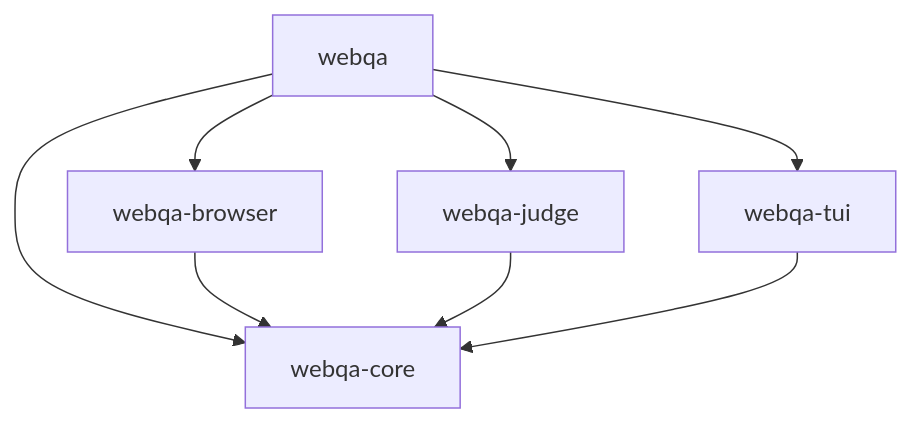
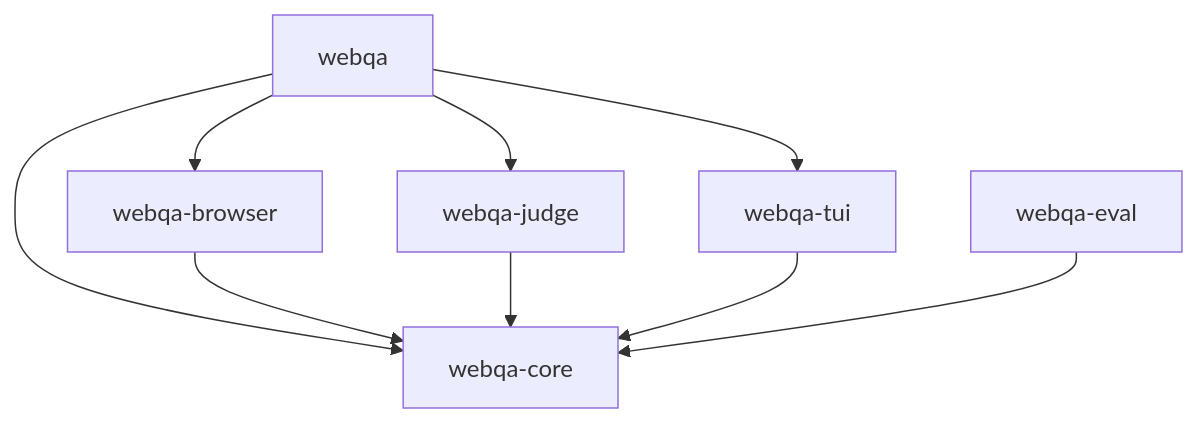
One commit to Hakkadaikon/webqa-explorer changed the diagram in docs/arch/overview.md. Above: the diagram before and after it, drawn with Mermaid. The commit also changed other lines of this file and 2 other files, not shown here.

First line of the commit message:
docs(eval): 課題を測る仕組みの文書を足す

````diff
--- a/docs/arch/overview.md
+++ b/docs/arch/overview.md
@@ -59,10 +60,11 @@
 ```mermaid
 flowchart TD
   webqa[webqa] --> browser[webqa-browser]
   webqa --> judge[webqa-judge]
   webqa --> tui[webqa-tui]
   webqa --> core[webqa-core]
   browser --> core
   judge --> core
   tui --> core
+  eval[webqa-eval] --> core
 ```
````
